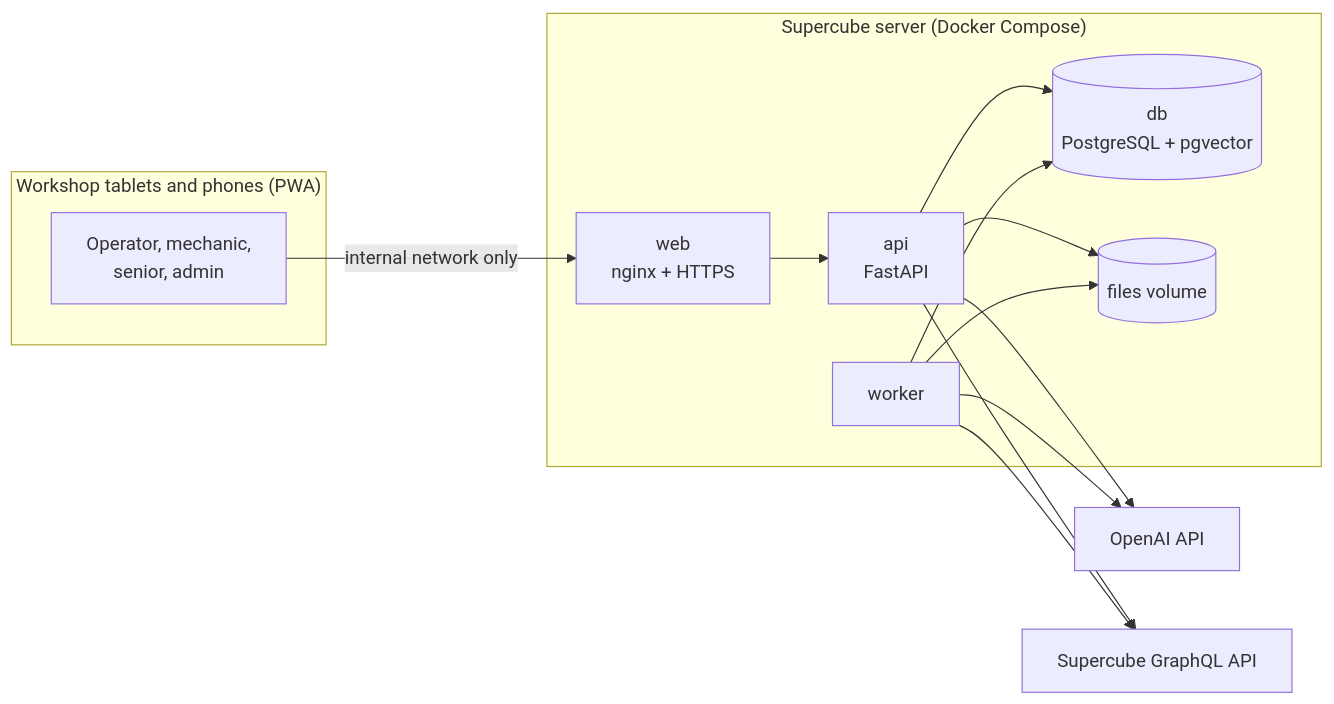
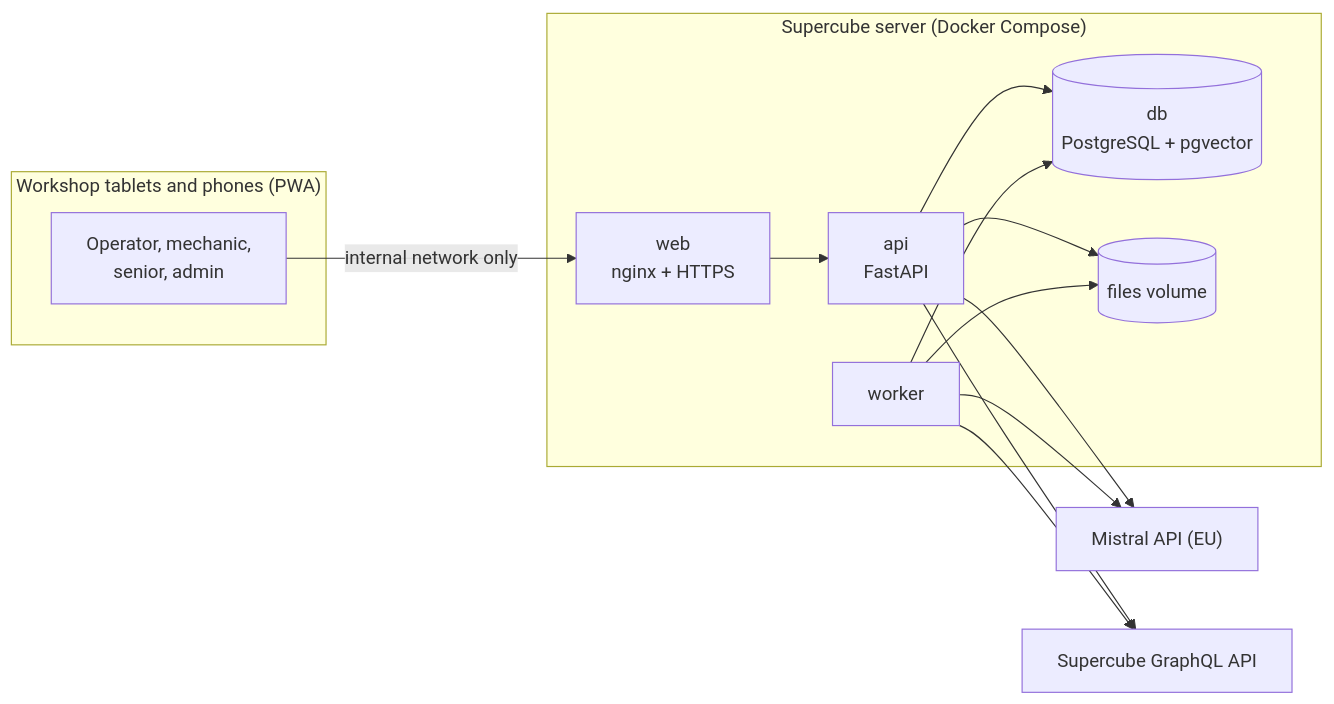
Before and after one commit to senneclauwaert/MechAI_Docs: the first of 10 diagrams in 06 Design and Prototypes/Diagrams.md, drawn with Mermaid. The commit also changed other lines of this file and 34 other files, not shown here.

````diff
--- a/06 Design and Prototypes/Diagrams.md
+++ b/06 Design and Prototypes/Diagrams.md
@@ -13,23 +13,23 @@
 ```mermaid
 flowchart LR
 	subgraph Devices["Workshop tablets and phones (PWA)"]
 		U["Operator, mechanic,<br>senior, admin"]
 	end
 	subgraph Server["Supercube server (Docker Compose)"]
 		WEB["web<br>nginx + HTTPS"]
 		API["api<br>FastAPI"]
 		W["worker"]
 		PG[("db<br>PostgreSQL + pgvector")]
 		VOL[("files volume")]
 	end
 	U -->|"internal network only"| WEB
 	WEB --> API
 	API --> PG
 	W --> PG
 	API --> VOL
 	W --> VOL
-	API --> OAI["OpenAI API"]
+	API --> OAI["Mistral API (EU)"]
 	W --> OAI
 	API --> SC["Supercube GraphQL API"]
 	W --> SC
 ```
````
